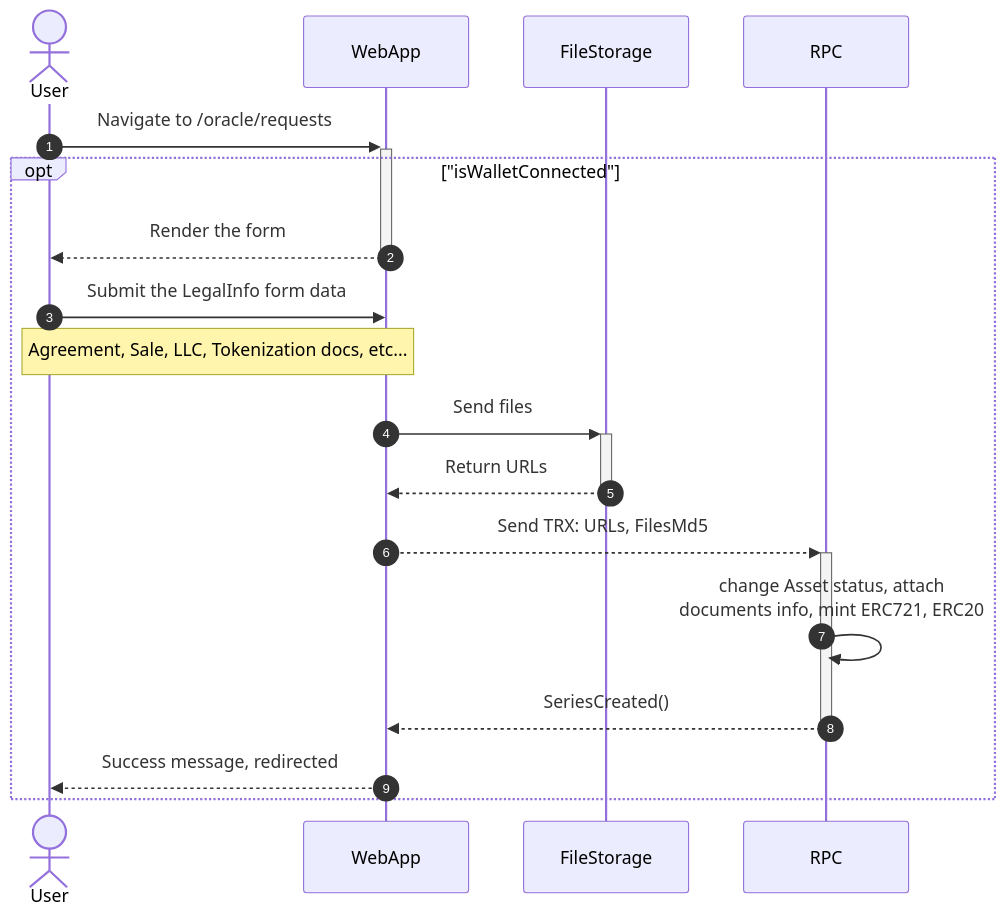
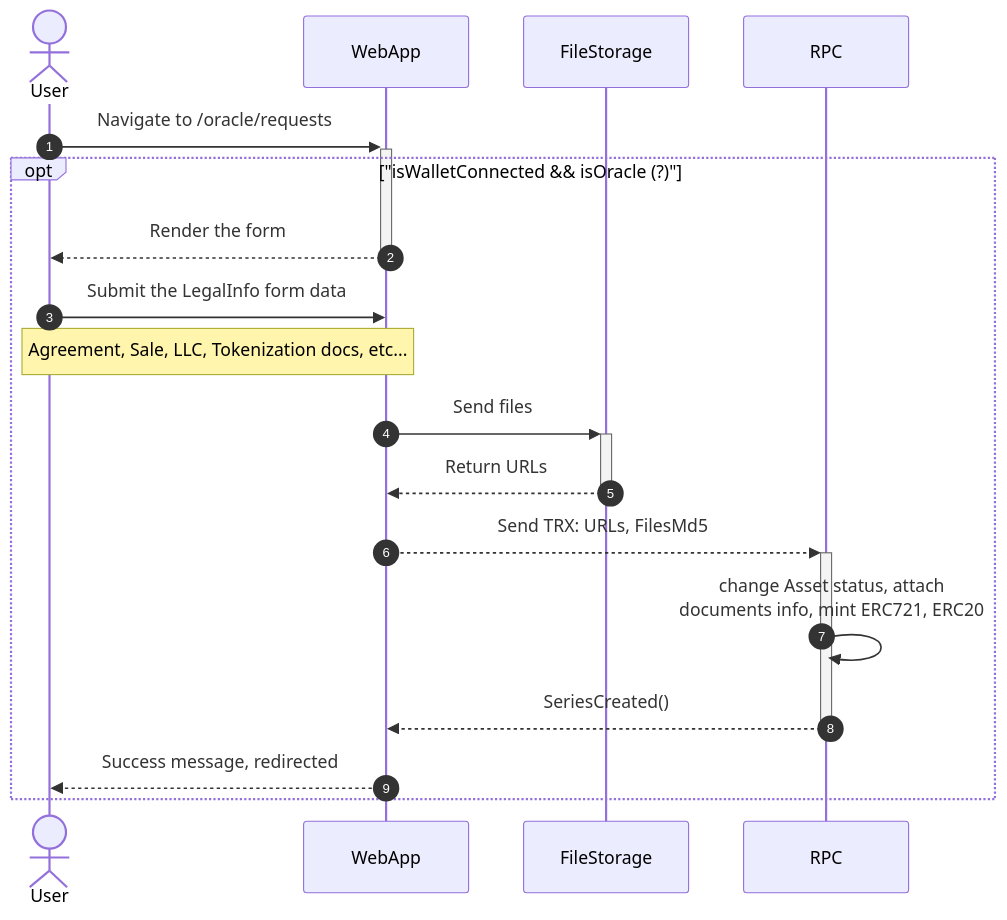
One commit to binaryx-protocol/binaryx_app changed the diagram in arb/mermaid/SeriesCompanyRegistering.md. Above: the diagram before and after it, drawn with Mermaid. The commit also changed 5 other files, not shown here.

Commit message:
#sd_nov8: pay for rent diagram

````diff
--- a/arb/mermaid/SeriesCompanyRegistering.md
+++ b/arb/mermaid/SeriesCompanyRegistering.md
@@ -3,23 +3,23 @@
 ```mermaid
 sequenceDiagram
 autonumber
 
 actor U as User
 participant W as WebApp
-participant FileStorage
+participant FS as FileStorage
 participant RPC
 
 U->>+W: Navigate to /oracle/requests
 
-opt "isWalletConnected"
+opt "isWalletConnected && isOracle (?)"
   W-->>-U: Render the form
   U->>W: Submit the LegalInfo form data
   Note over U, W: Agreement, Sale, LLC, Tokenization docs, etc...
-  W->>+FileStorage: Send files
-  FileStorage-->>-W: Return URLs
+  W->>+FS: Send files
+  FS-->>-W: Return URLs
   W-->>+RPC: Send TRX: URLs, FilesMd5
   RPC->>RPC: change Asset status, attach <br>documents info, mint ERC721, ERC20
   RPC-->>-W: SeriesCreated()
   W-->>U: Success message, redirected
 end
 ```
````
